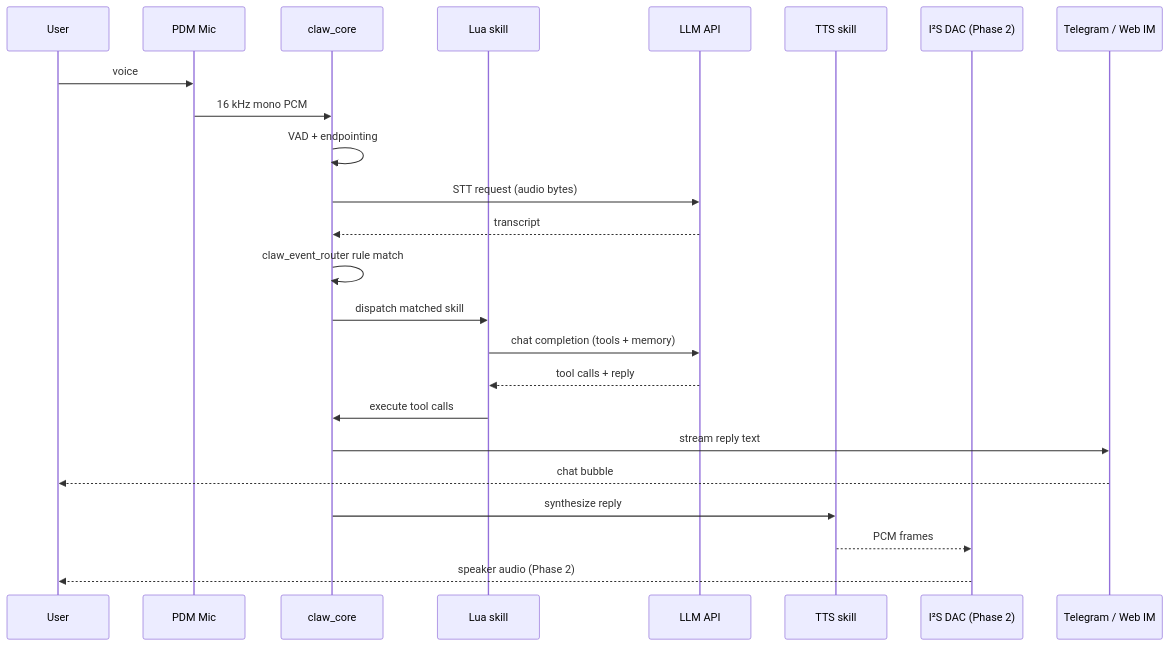
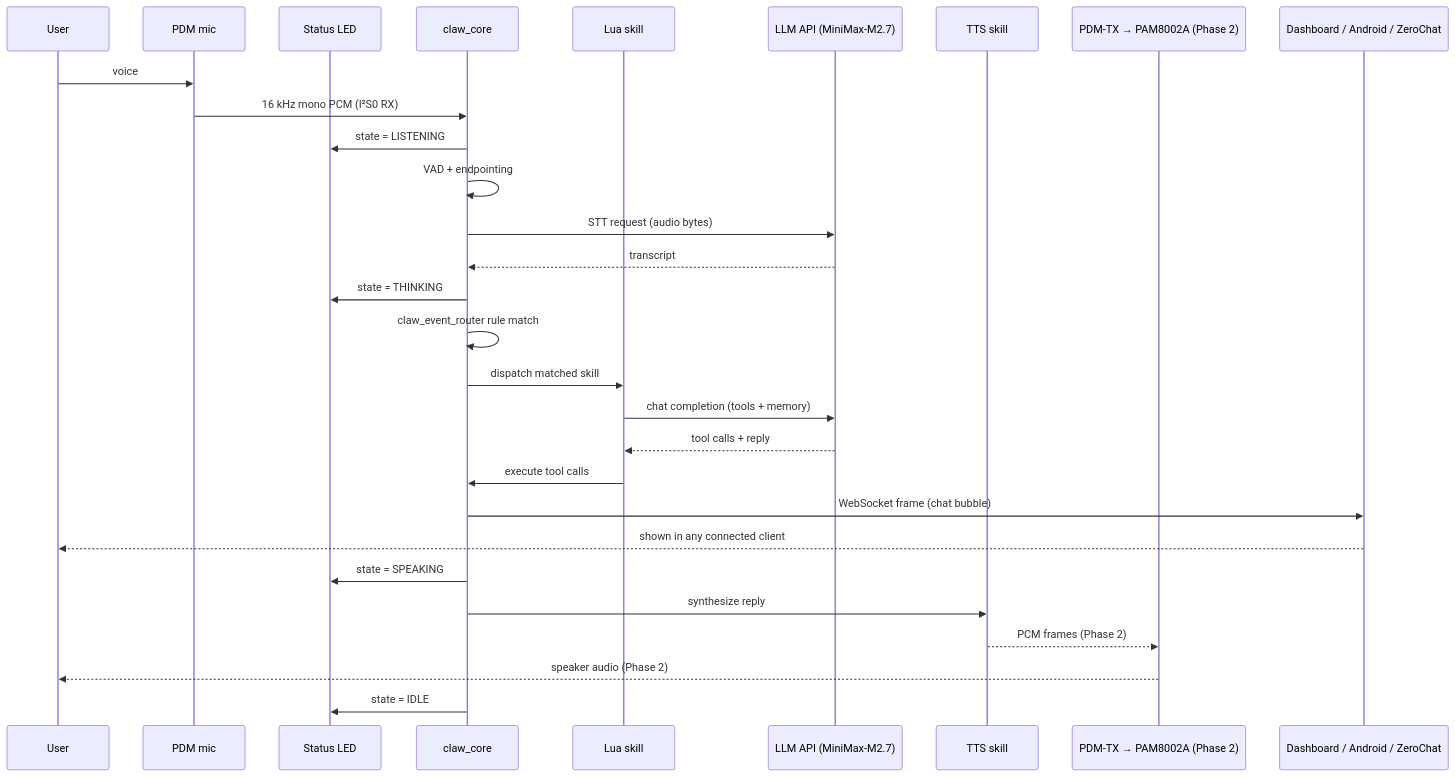
The third of 6 diagrams in docs/ARCHITECTURE.md (PascalAI2024/JarvisNano), drawn with Mermaid before and after one commit. The commit also changed other lines of this file and 5 other files, not shown here.

````diff
--- a/docs/ARCHITECTURE.md
+++ b/docs/ARCHITECTURE.md
@@ -76,27 +119,32 @@
 ```mermaid
 sequenceDiagram
     participant U as User
-    participant M as PDM Mic
+    participant M as PDM mic
+    participant LED as Status LED
     participant CR as claw_core
     participant LU as Lua skill
-    participant LLM as LLM API
+    participant LLM as LLM API (MiniMax-M2.7)
     participant TTS as TTS skill
-    participant DAC as I²S DAC (Phase 2)
-    participant IM as Telegram / Web IM
+    participant DAC as PDM-TX → PAM8002A (Phase 2)
+    participant DASH as Dashboard / Android / ZeroChat
 
     U->>M: voice
-    M->>CR: 16 kHz mono PCM
+    M->>CR: 16 kHz mono PCM (I²S0 RX)
+    CR->>LED: state = LISTENING
     CR->>CR: VAD + endpointing
     CR->>LLM: STT request (audio bytes)
     LLM-->>CR: transcript
+    CR->>LED: state = THINKING
     CR->>CR: claw_event_router rule match
     CR->>LU: dispatch matched skill
     LU->>LLM: chat completion (tools + memory)
     LLM-->>LU: tool calls + reply
     LU->>CR: execute tool calls
-    CR->>IM: stream reply text
-    IM-->>U: chat bubble
+    CR->>DASH: WebSocket frame (chat bubble)
+    DASH-->>U: shown in any connected client
+    CR->>LED: state = SPEAKING
     CR->>TTS: synthesize reply
-    TTS-->>DAC: PCM frames
+    TTS-->>DAC: PCM frames (Phase 2)
     DAC-->>U: speaker audio (Phase 2)
+    CR->>LED: state = IDLE
 ```
````
